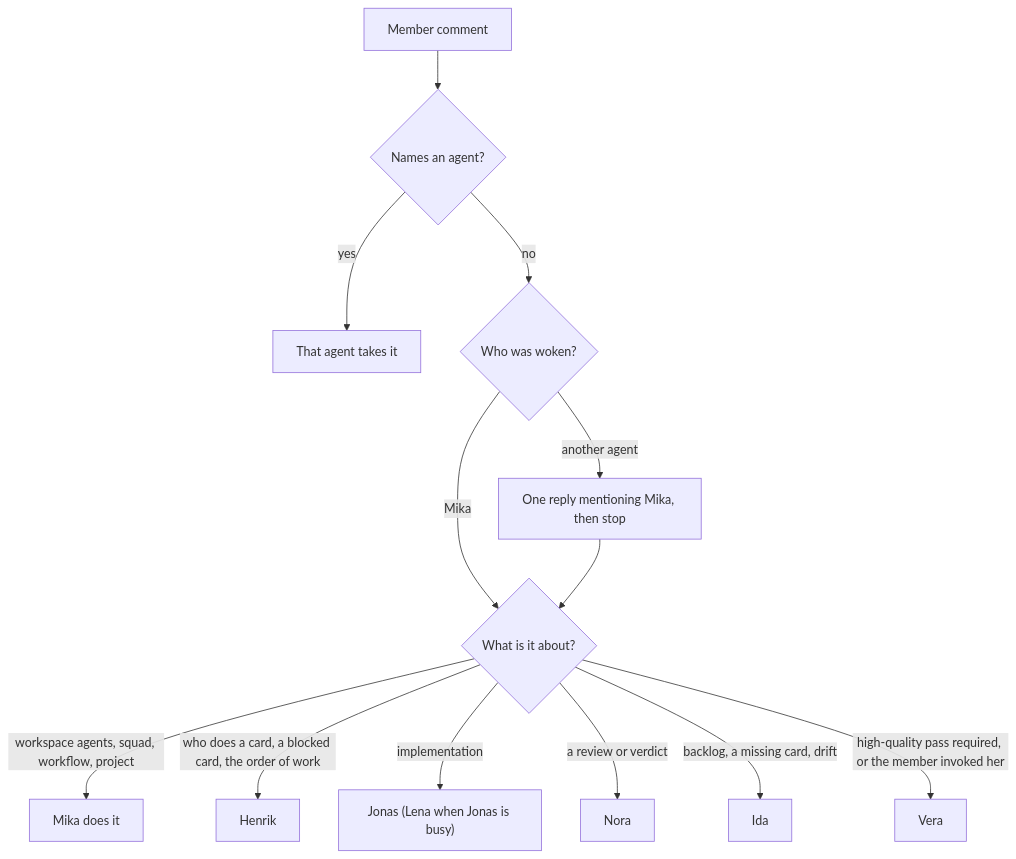
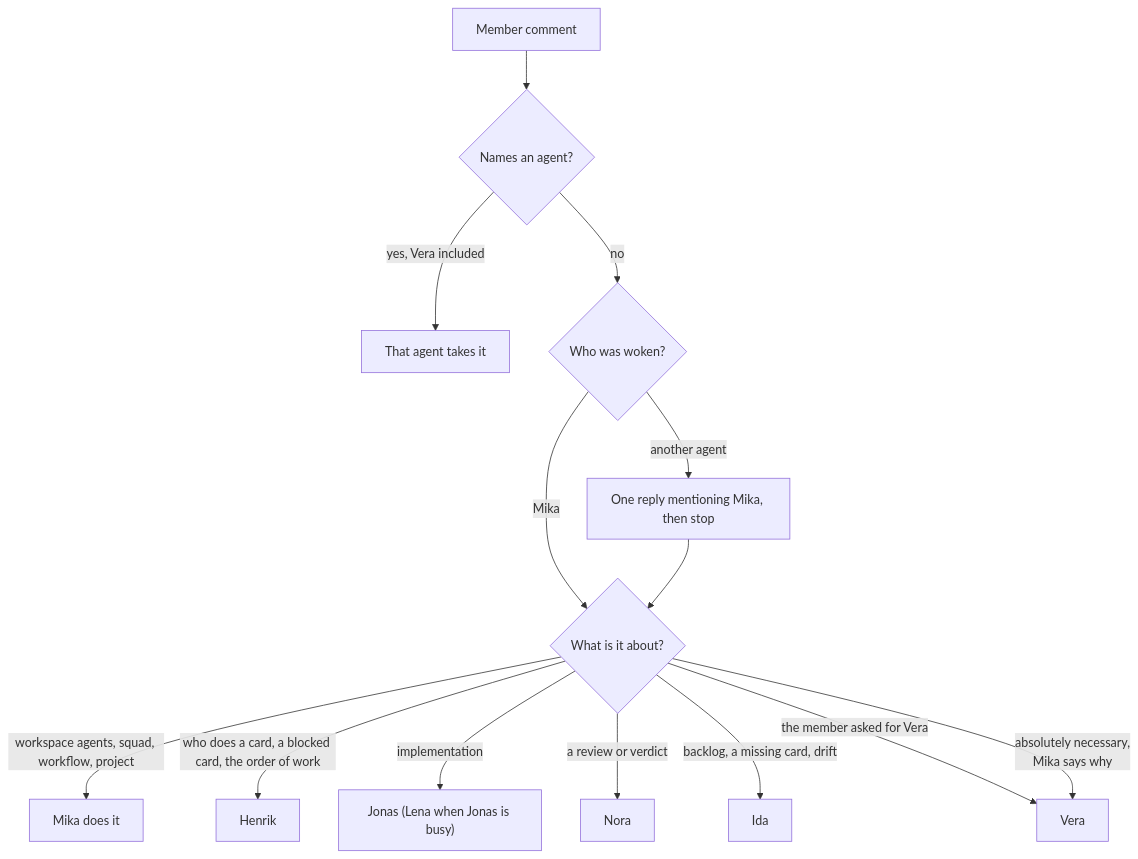
Before and after one commit to AsP3X/shroud: the first of 2 diagrams in docs/multica-setup/routing.md, drawn with Mermaid. The commit also changed other lines of this file and 12 other files, not shown here.

````diff
--- a/docs/multica-setup/routing.md
+++ b/docs/multica-setup/routing.md
@@ -30,14 +48,15 @@
 ```mermaid
 flowchart TD
     C[Member comment] --> N{Names an agent?}
-    N -- yes --> A[That agent takes it]
+    N -- "yes, Vera included" --> A[That agent takes it]
     N -- no --> W{Who was woken?}
     W -- Mika --> T{What is it about?}
     W -- another agent --> H[One reply mentioning Mika, then stop] --> T
-    T -- workspace agents, squad, workflow, project --> MK[Mika does it]
-    T -- who does a card, a blocked card, the order of work --> HE[Henrik]
+    T -- "workspace agents, squad, workflow, project" --> MK[Mika does it]
+    T -- "who does a card, a blocked card, the order of work" --> HE[Henrik]
     T -- implementation --> JO["Jonas (Lena when Jonas is busy)"]
-    T -- a review or verdict --> NO[Nora]
-    T -- backlog, a missing card, drift --> ID[Ida]
-    T -- high-quality pass required, or the member invoked her --> VE[Vera]
+    T -- "a review or verdict" --> NO[Nora]
+    T -- "backlog, a missing card, drift" --> ID[Ida]
+    T -- "the member asked for Vera" --> VE[Vera]
+    T -- "absolutely necessary,<br/>Mika says why" --> VE
 ```
````
